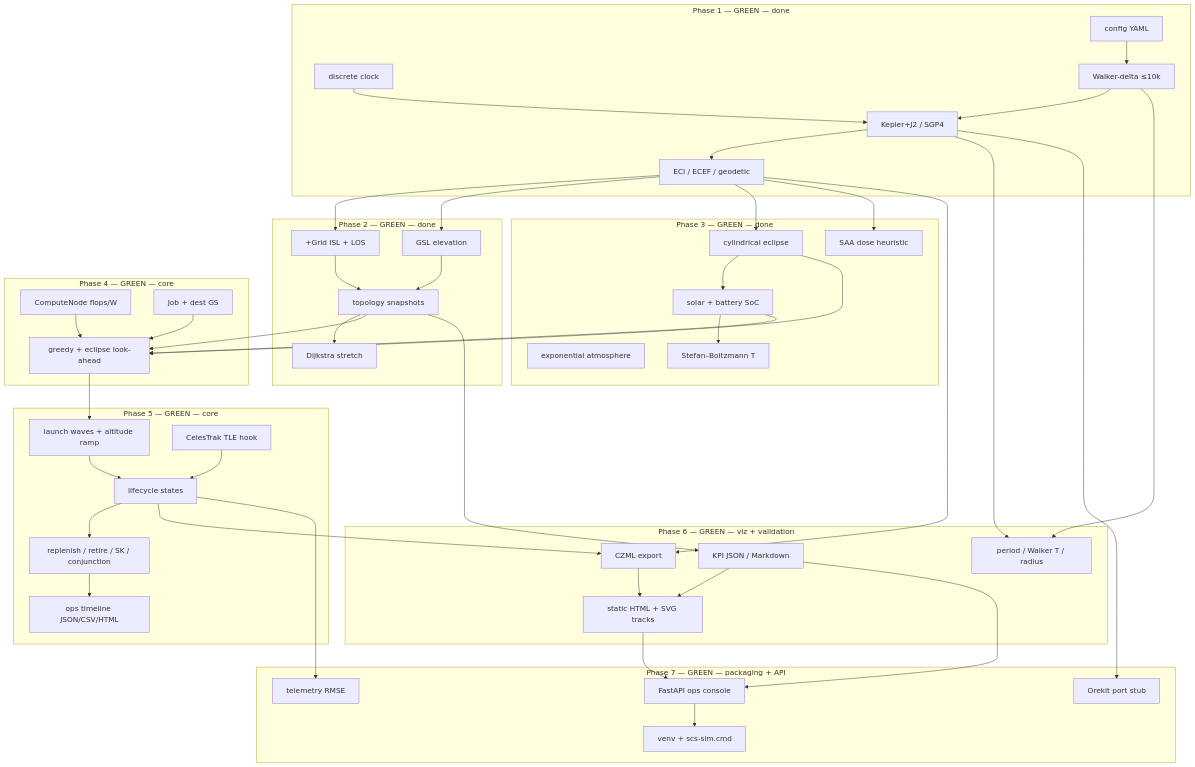
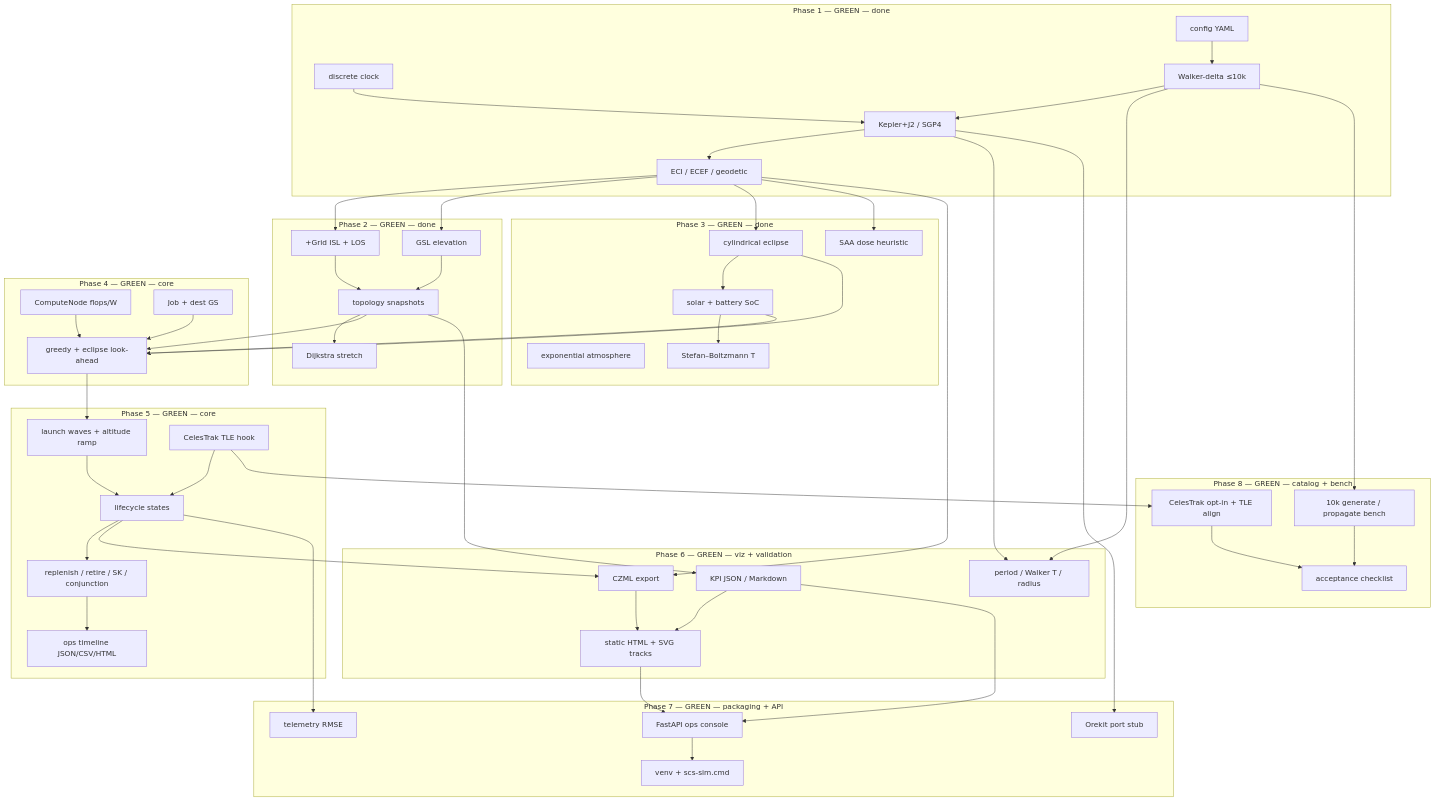
Before and after one commit to XuqiangL/scs-sim: the diagram in docs/ARCHITECTURE.md, drawn with Mermaid. The commit also changed other lines of this file and 23 other files, not shown here.

First line of the commit message:
Catalog TLE align, 10k bench, acceptance checklist.

````diff
--- a/docs/ARCHITECTURE.md
+++ b/docs/ARCHITECTURE.md
@@ -63,6 +63,12 @@
         ORK["Orekit port stub"]
     end
 
+    subgraph P8["Phase 8 — GREEN — catalog + bench"]
+        CAT["CelesTrak opt-in + TLE align"]
+        BEN["10k generate / propagate bench"]
+        ACC["acceptance checklist"]
+    end
+
     CFG --> WAL --> ORB --> FRM
     CLK --> ORB
     FRM --> ISL --> TOP
@@ -92,4 +98,8 @@
     LIF --> TWIN
     ORB --> ORK
     API --> WIN
+    TLE --> CAT
+    WAL --> BEN
+    CAT --> ACC
+    BEN --> ACC
 ```
````
